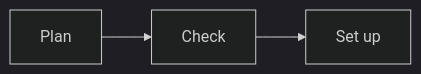
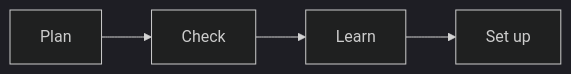
One commit to redrhino-online/red-canon changed the fifth of 6 diagrams in docs/ops/index.md. Above: the diagram before and after it, drawn with Mermaid (dark theme). The commit also changed other lines of this file and 7 other files, not shown here.

````diff
--- a/docs/ops/index.md
+++ b/docs/ops/index.md
@@ -96,5 +96,6 @@
 ```mermaid
 flowchart LR
     A[Plan] --> B[Check]
-    B --> C[Set up]
+    B --> C[Learn]
+    C --> D[Set up]
 ```
````
